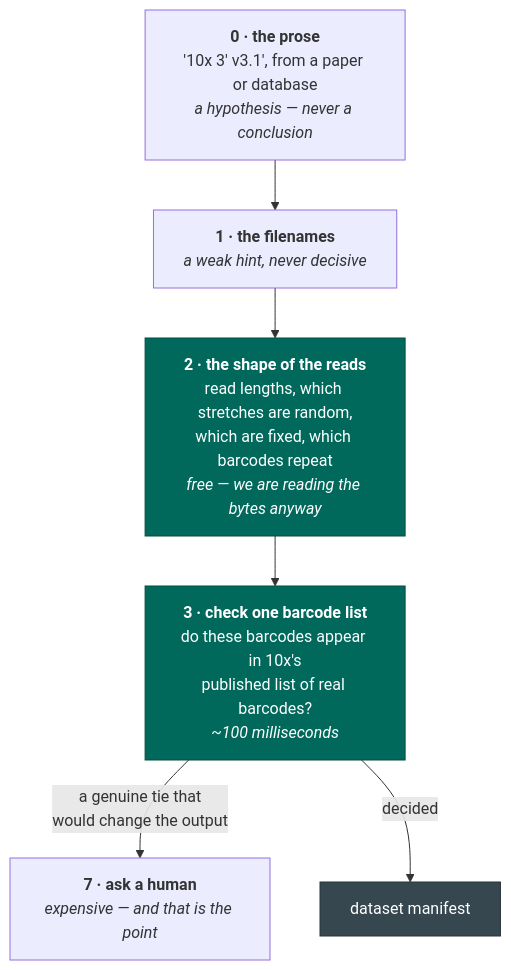
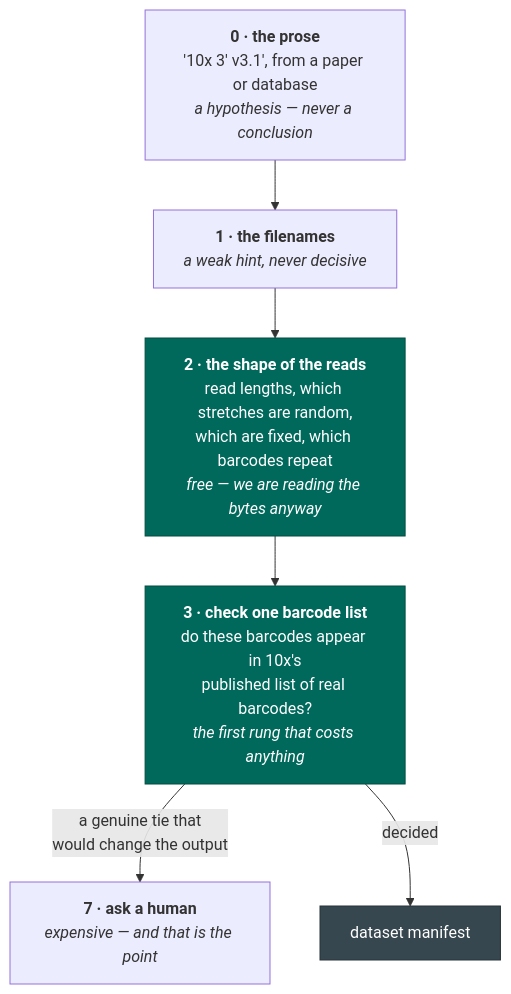
One commit to liuhlab/seqforge changed the diagram in docs/concepts/identifying.md. Above: the diagram before and after it, drawn with Mermaid. The commit also changed 44 other files, not shown here.

````diff
--- a/docs/concepts/identifying.md
+++ b/docs/concepts/identifying.md
@@ -16,18 +16,18 @@
 ```mermaid
 flowchart TD
     R0["<b>0 · the prose</b><br/>'10x 3′ v3.1', from a paper or database<br/><i>a hypothesis — never a conclusion</i>"]
     R1["<b>1 · the filenames</b><br/><i>a weak hint, never decisive</i>"]
     R2["<span style='color:#fff'><b>2 · the shape of the reads</b><br/>read lengths, which stretches are random,<br/>which are fixed, which barcodes repeat<br/><i>free — we are reading the bytes anyway</i></span>"]
-    R3["<span style='color:#fff'><b>3 · check one barcode list</b><br/>do these barcodes appear in 10x's<br/>published list of real barcodes?<br/><i>~100 milliseconds</i></span>"]
+    R3["<span style='color:#fff'><b>3 · check one barcode list</b><br/>do these barcodes appear in 10x's<br/>published list of real barcodes?<br/><i>the first rung that costs anything</i></span>"]
     R7["<b>7 · ask a human</b><br/><i>expensive — and that is the point</i>"]
 
     R0 --> R1 --> R2 --> R3
     R3 -->|"a genuine tie that<br/>would change the output"| R7
     R3 -->|"decided"| DONE["<span style='color:#fff'>dataset manifest</span>"]
 
     %% The inline white <span> is required on dark fills — see the comment in docs/index.md.
     classDef artifact fill:#00695c,stroke:#004d40
     classDef output fill:#37474f,stroke:#263238
     class R2,R3 artifact
     class DONE output
 ```
````
